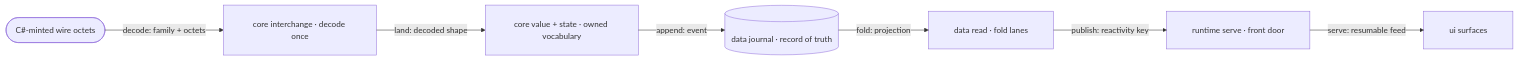
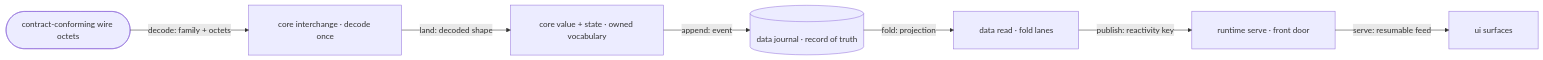
One commit to bsamiee/Rasm changed the third of 4 diagrams in libs/typescript/.planning/ARCHITECTURE.md. Above: the diagram before and after it, drawn with Mermaid. The commit also changed other lines of this file and 486 other files, not shown here.

````diff
--- a/libs/typescript/.planning/ARCHITECTURE.md
+++ b/libs/typescript/.planning/ARCHITECTURE.md
@@ -115,25 +116,25 @@
 ```mermaid
 ---
 config:
   layout: elk
   flowchart:
     curve: linear
     padding: 25
 ---
 flowchart LR
     accTitle: TypeScript branch data spine
     accDescr: Wire octets decode once at core interchange, fold through the state algebra, persist in the data journal, and serve to the ui surfaces.
-    Octets([C#-minted wire octets])
+    Octets([contract-conforming wire octets])
     Decode[core interchange · decode once]
     Vocab[core value + state · owned vocabulary]
     Journal[(data journal · record of truth)]
     Read[data read · fold lanes]
     Serve[runtime serve · front door]
     Surface[ui surfaces]
     Octets e1@-->|"decode: family + octets"| Decode
     Decode e2@-->|"land: decoded shape"| Vocab
     Vocab e3@-->|"append: event"| Journal
     Journal e4@-->|"fold: projection"| Read
     Read e5@-->|"publish: reactivity key"| Serve
     Serve e6@-->|"serve: resumable feed"| Surface
 ```
````
